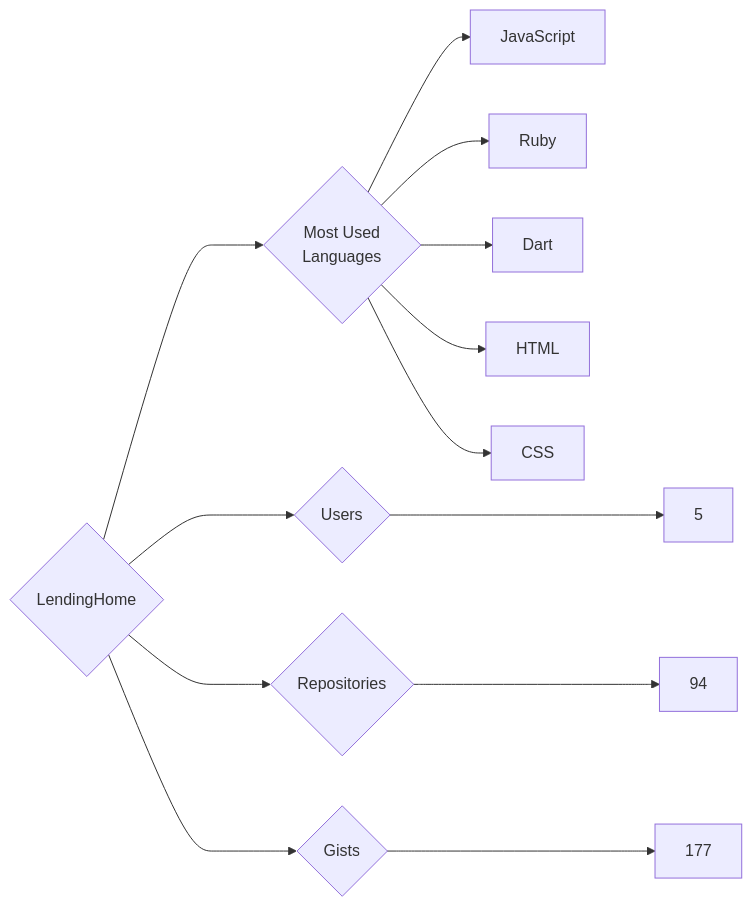
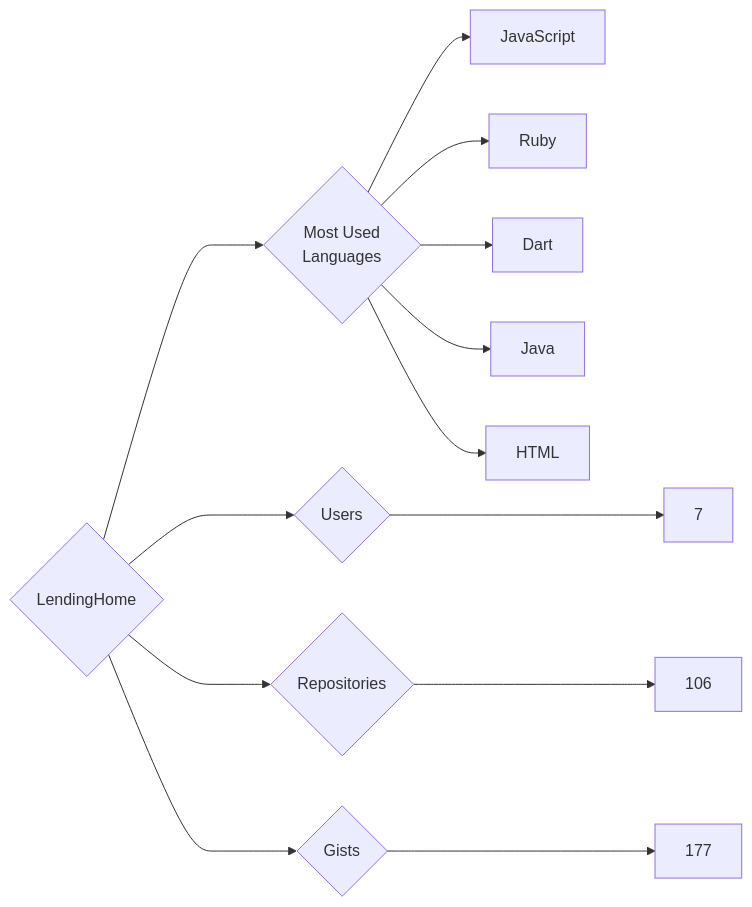
Before and after one commit to trickest/insiders: the diagram in targets/LendingHome/README.md, drawn with Mermaid. The commit also changed 894 other files, not shown here.

````diff
--- a/targets/LendingHome/README.md
+++ b/targets/LendingHome/README.md
@@ -3,13 +3,13 @@
 ```mermaid
 graph LR
 COMPANY_NAME{LendingHome}
-COMPANY_NAME ---> U{Users} ---> UN[5]
-COMPANY_NAME ---> R{Repositories} ---> RN[94]
+COMPANY_NAME ---> U{Users} ---> UN[7]
+COMPANY_NAME ---> R{Repositories} ---> RN[106]
 COMPANY_NAME ---> G{Gists} ---> GN[177]
 COMPANY_NAME ---> ML{Most Used<br>Languages}
 ML --> JavaScript[JavaScript]
 ML --> Ruby[Ruby]
 ML --> Dart[Dart]
+ML --> Java[Java]
 ML --> HTML[HTML]
-ML --> CSS[CSS]
 ```
````
